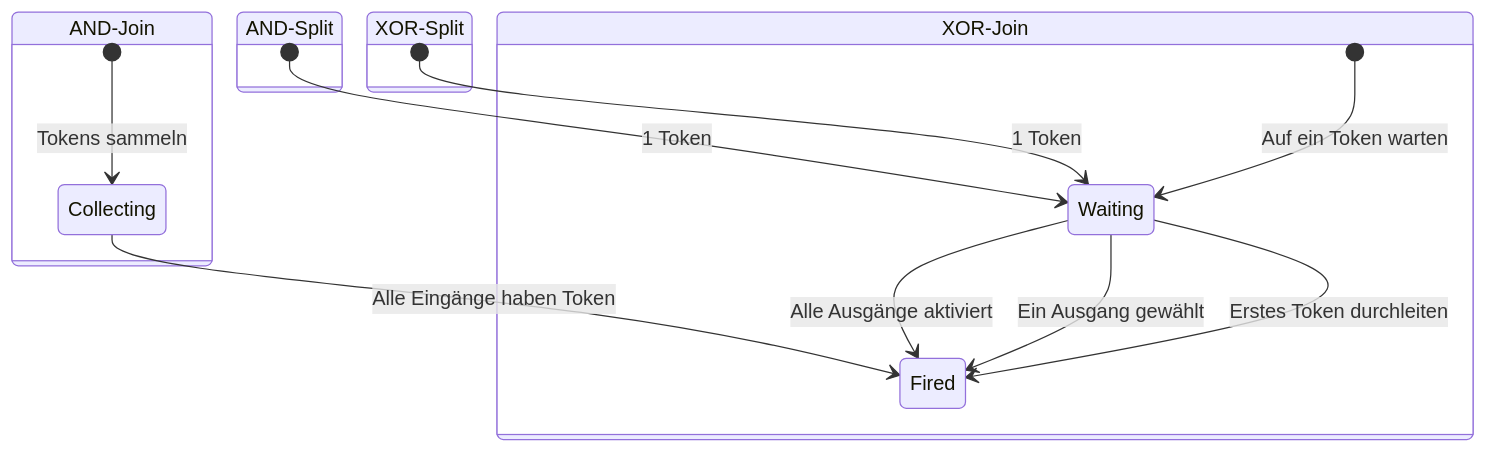
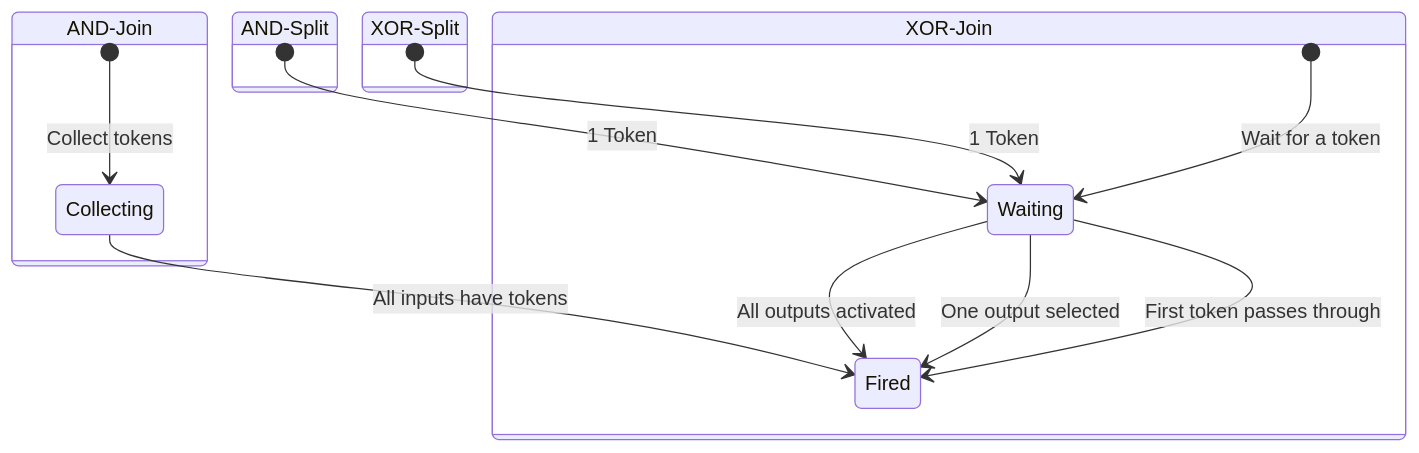
One commit to woped/woped-next changed the fifth of 6 diagrams in docs/migration/02-workflow-operators.md. Above: the diagram before and after it, drawn with Mermaid. The commit also changed other lines of this file and 24 other files, not shown here.

````diff
--- a/docs/migration/02-workflow-operators.md
+++ b/docs/migration/02-workflow-operators.md
@@ -169,22 +169,22 @@
 ```mermaid
 stateDiagram-v2
     state "AND-Split" as AS {
         [*] --> Waiting: 1 Token
-        Waiting --> Fired: Alle Ausgänge aktiviert
+        Waiting --> Fired: All outputs activated
     }
     
     state "AND-Join" as AJ {
-        [*] --> Collecting: Tokens sammeln
-        Collecting --> Fired: Alle Eingänge haben Token
+        [*] --> Collecting: Collect tokens
+        Collecting --> Fired: All inputs have tokens
     }
     
     state "XOR-Split" as XS {
         [*] --> Waiting: 1 Token
-        Waiting --> Fired: Ein Ausgang gewählt
+        Waiting --> Fired: One output selected
     }
     
     state "XOR-Join" as XJ {
-        [*] --> Waiting: Auf ein Token warten
-        Waiting --> Fired: Erstes Token durchleiten
+        [*] --> Waiting: Wait for a token
+        Waiting --> Fired: First token passes through
     }
 ```
````
